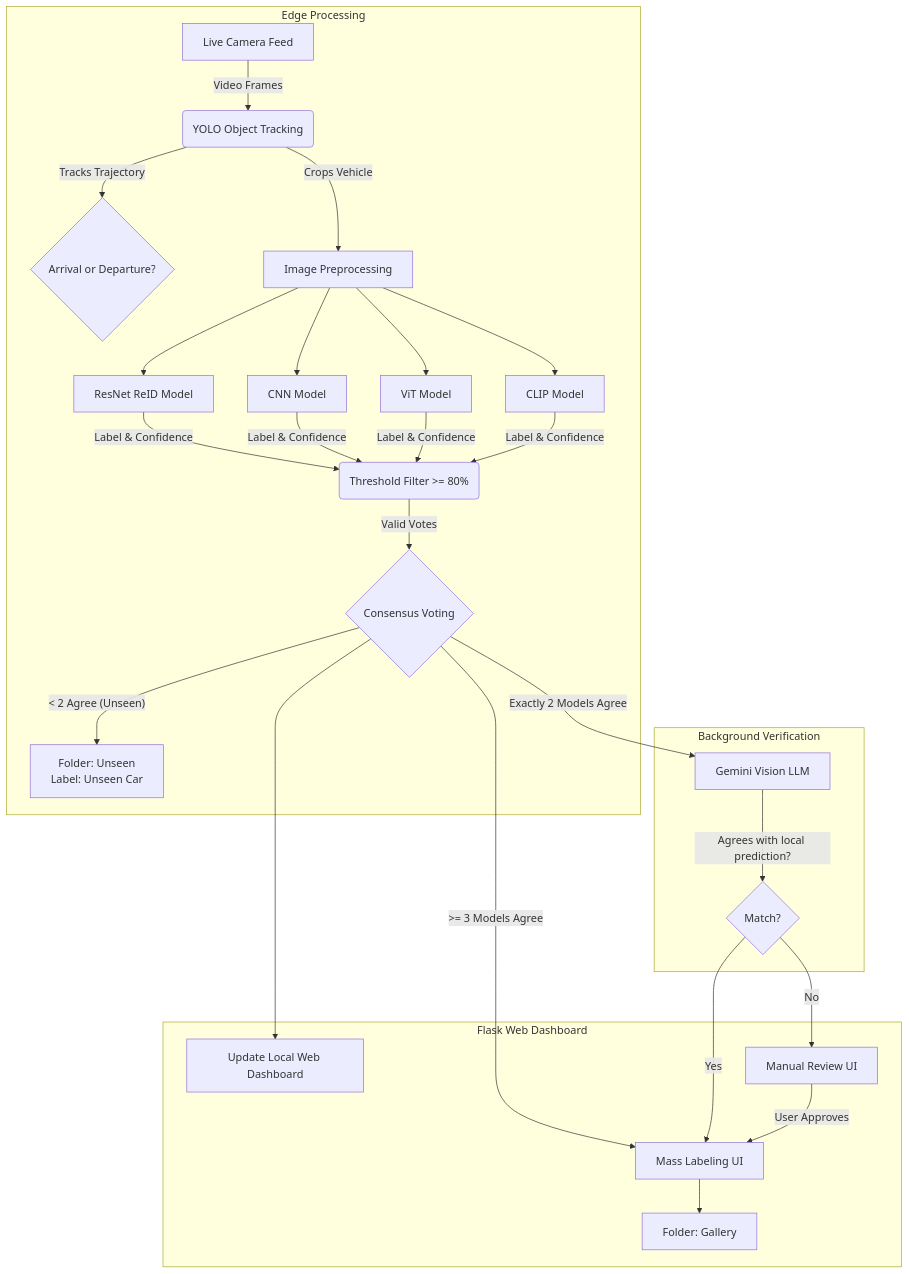
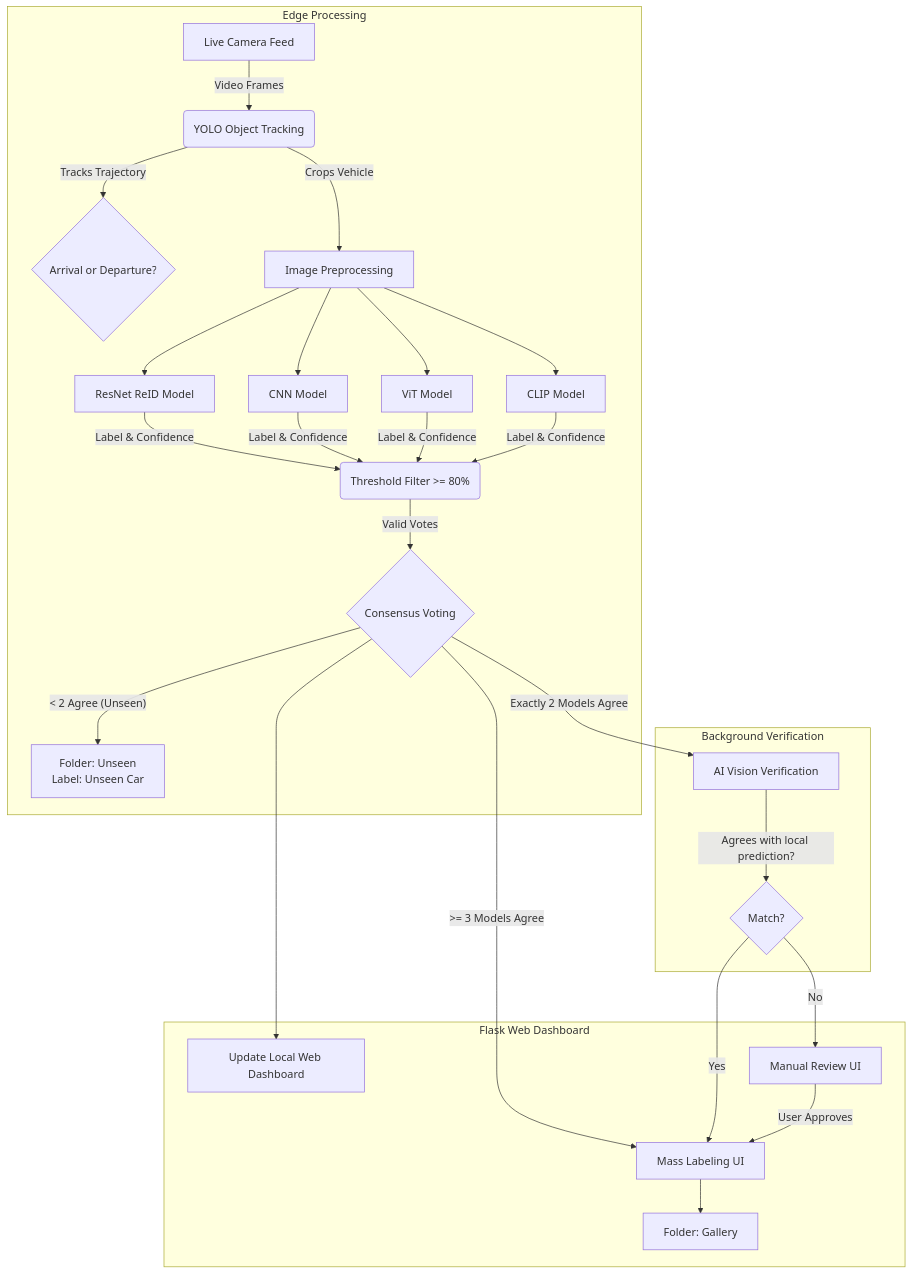
The diagram in README.md (Nuisey/CaReID), drawn with Mermaid before and after one commit. The commit also changed other lines of this file, not shown here.

````diff
--- a/README.md
+++ b/README.md
@@ -23,45 +23,45 @@
 ```mermaid
 
 flowchart TD
 
     subgraph Edge Processing
         A[Live Camera Feed] -->|Video Frames| B(YOLO Object Tracking)
         B -->|Tracks Trajectory| C{Arrival or Departure?}
         B -->|Crops Vehicle| D[Image Preprocessing]
   
         D --> E[ResNet ReID Model]
         D --> F[CNN Model]
         D --> G[ViT Model]
         D --> H[CLIP Model]
   
         E & F & G & H -->|"Label & Confidence"| I("Threshold Filter >= 80%")
         I -->|"Valid Votes"| J{Consensus Voting}
         
         M["Folder: Unseen<br>Label: Unseen Car"]
     end
 
     subgraph Background Verification
-        P[Gemini Vision LLM]
+        P[AI Vision Verification]
         Q{Match?}
     end
   
     subgraph Flask Web Dashboard
         O[Update Local Web Dashboard]
         R[Manual Review UI]
         S[Mass Labeling UI]
         T[Folder: Gallery]
     end
 
     J -->|">= 3 Models Agree"| S
     J -->|"Exactly 2 Models Agree"| P
     J -->|"< 2 Agree (Unseen)"| M
     
     P -->|"Agrees with local prediction?"| Q
     Q -->|"Yes"| S
     
     J --> O
     Q -->|"No"| R
     R -->|"User Approves"| S
     S --> T
 
 ```
````
